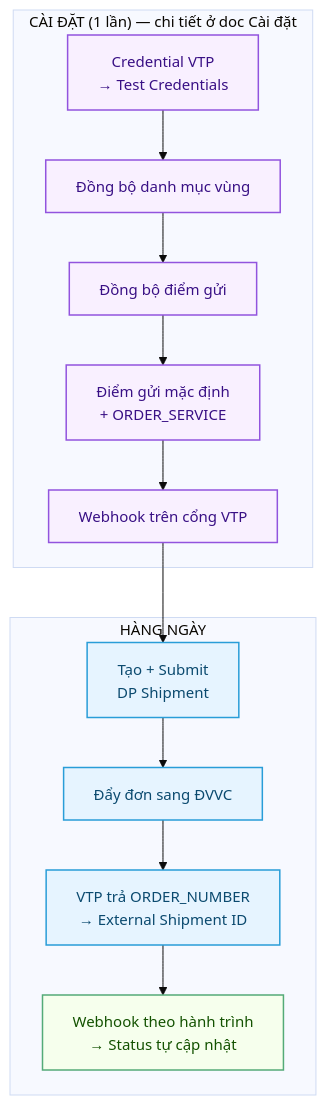
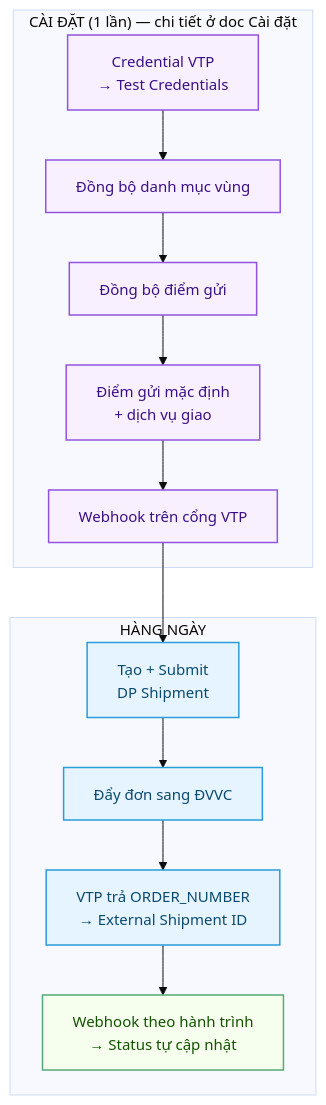
Before and after one commit to CobeGroup/cobe_erp_documents: the first of 5 diagrams in tech/Delivery_Partner-Viettel_Post-Tech.md, drawn with Mermaid. The commit also changed other lines of this file and 1 other file, not shown here.

Commit message:
docs(vtp): dịch vụ giao chọn theo từng vận đơn + danh mục tự học qua nút Xem cước

````diff
--- a/tech/Delivery_Partner-Viettel_Post-Tech.md
+++ b/tech/Delivery_Partner-Viettel_Post-Tech.md
@@ -27,25 +27,25 @@
 ```mermaid
 %%{init: {'theme':'base','themeVariables':{'fontSize':'15px'},'flowchart':{'nodeSpacing':45,'rankSpacing':50}}}%%
 flowchart TD
   classDef setup fill:#f9f0ff,stroke:#9254de,stroke-width:1.5px,color:#391085;
   classDef process fill:#e6f4ff,stroke:#299dd8,stroke-width:1.5px,color:#0b4a6f;
   classDef good fill:#f6ffed,stroke:#54ab78,stroke-width:1.5px,color:#135200;
 
   subgraph SETUP["CÀI ĐẶT (1 lần) — chi tiết ở doc Cài đặt"]
     A["Credential VTP<br/>→ Test Credentials"] --> B["Đồng bộ danh mục vùng"]
     B --> C["Đồng bộ điểm gửi"]
-    C --> D["Điểm gửi mặc định<br/>+ ORDER_SERVICE"]
+    C --> D["Điểm gửi mặc định<br/>+ dịch vụ giao"]
     D --> E["Webhook trên cổng VTP"]
   end
 
   subgraph DAILY["HÀNG NGÀY"]
     F["Tạo + Submit<br/>DP Shipment"] --> H["Đẩy đơn sang ĐVVC"]
     H --> I["VTP trả ORDER_NUMBER<br/>→ External Shipment ID"]
     I --> J["Webhook theo hành trình<br/>→ Status tự cập nhật"]
   end
 
   E --> F
   class A,B,C,D,E setup
   class F,H,I process
   class J good
 ```
````
